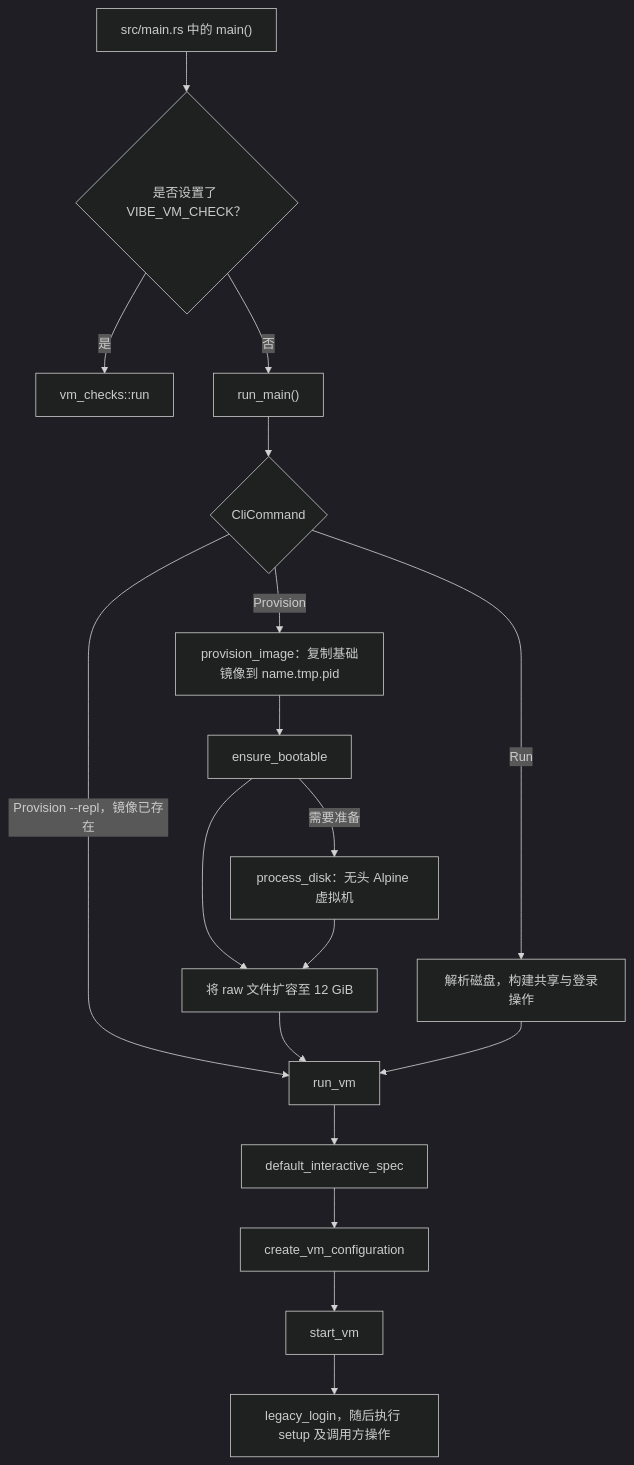
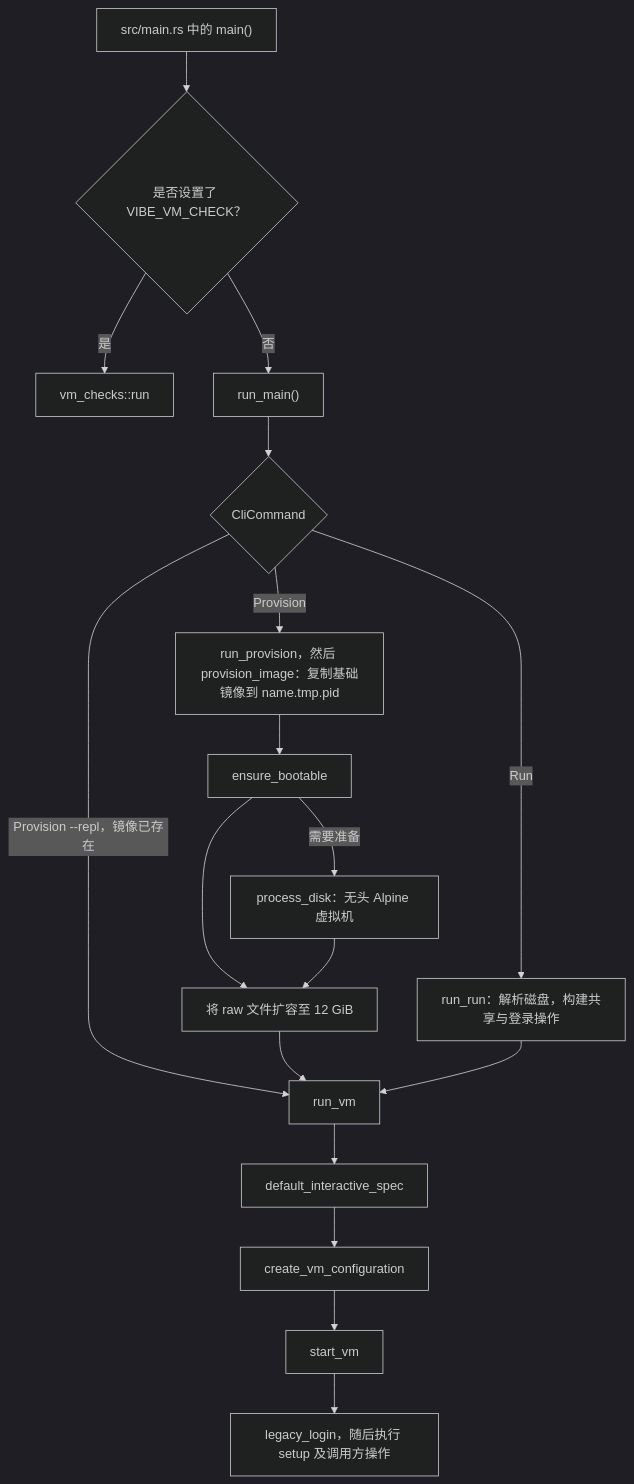
Before and after one commit to hangxingliu/vibe: the diagram in docs/how-vm-boot.zh-Hans.md, drawn with Mermaid (dark theme). The commit also changed other lines of this file and 45 other files, not shown here.

````diff
--- a/docs/how-vm-boot.zh-Hans.md
+++ b/docs/how-vm-boot.zh-Hans.md
@@ -7,20 +7,20 @@
 ```mermaid
 flowchart TD
   main["src/main.rs 中的 main()"] --> check{"是否设置了 VIBE_VM_CHECK？"}
   check -->|是| checks["vm_checks::run"]
   check -->|否| runmain["run_main()"]
   runmain --> cmd{"CliCommand"}
-  cmd -->|Run| disk["解析磁盘，构建共享与登录操作"]
+  cmd -->|Run| disk["run_run：解析磁盘，构建共享与登录操作"]
   cmd -->|"Provision --repl，镜像已存在"| runvm
-  cmd -->|Provision| copy["provision_image：复制基础镜像到 name.tmp.pid"]
+  cmd -->|Provision| copy["run_provision，然后 provision_image：复制基础镜像到 name.tmp.pid"]
   copy --> prep["ensure_bootable"]
   prep --> grow["将 raw 文件扩容至 12 GiB"]
   grow --> runvm["run_vm"]
   disk --> runvm
   runvm --> spec["default_interactive_spec"]
   spec --> cfg["create_vm_configuration"]
   cfg --> start["start_vm"]
   start --> login["legacy_login，随后执行 setup 及调用方操作"]
   prep -->|需要准备| alpine["process_disk：无头 Alpine 虚拟机"]
   alpine --> grow
 ```
````
